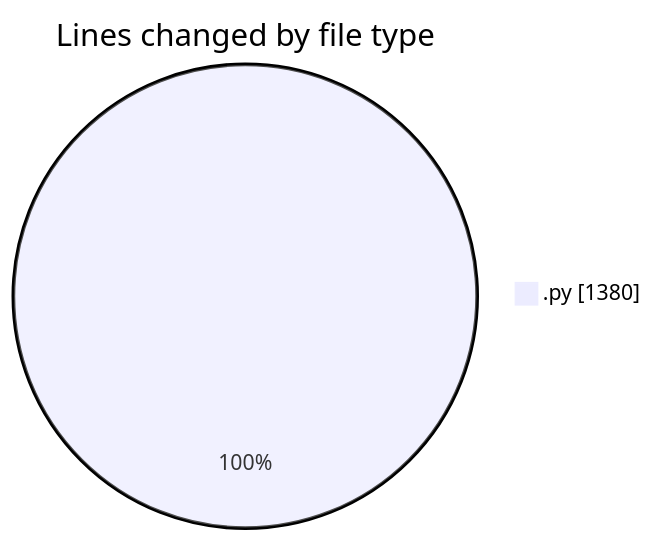
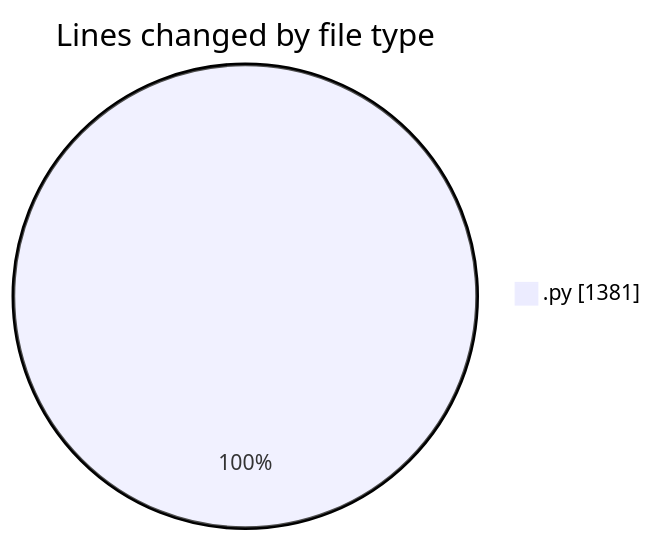
The first of 2 diagrams in 2025-04-18/myws__workspace_/README.md (MatusMokan/code-tracking), drawn with Mermaid before and after one commit. The commit also changed other lines of this file and 1 other file, not shown here.

````diff
--- a/2025-04-18/myws__workspace_/README.md
+++ b/2025-04-18/myws__workspace_/README.md
@@ -20,5 +20,5 @@
 ```mermaid
 pie showData
 title Lines changed by file type
-".py" : 1380
+".py" : 1381
 ```
````
